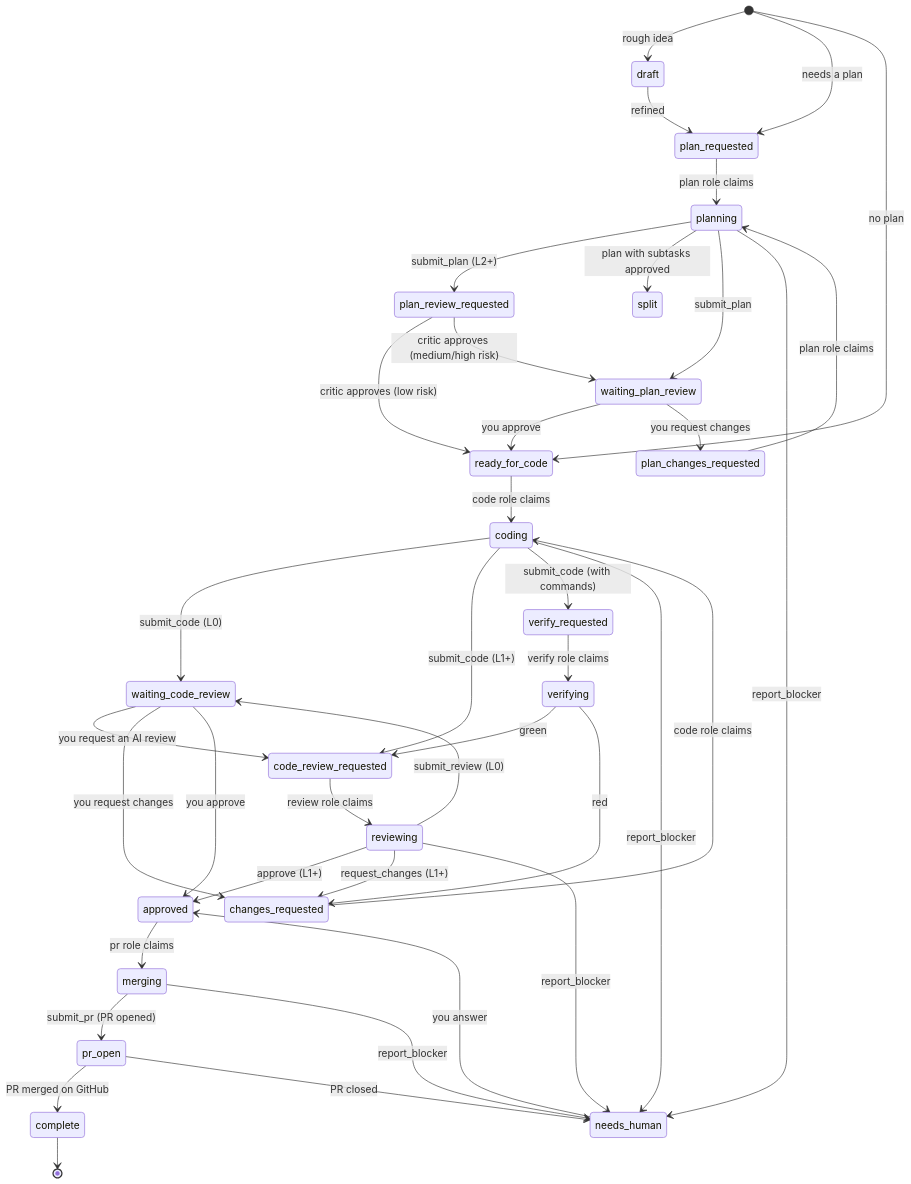
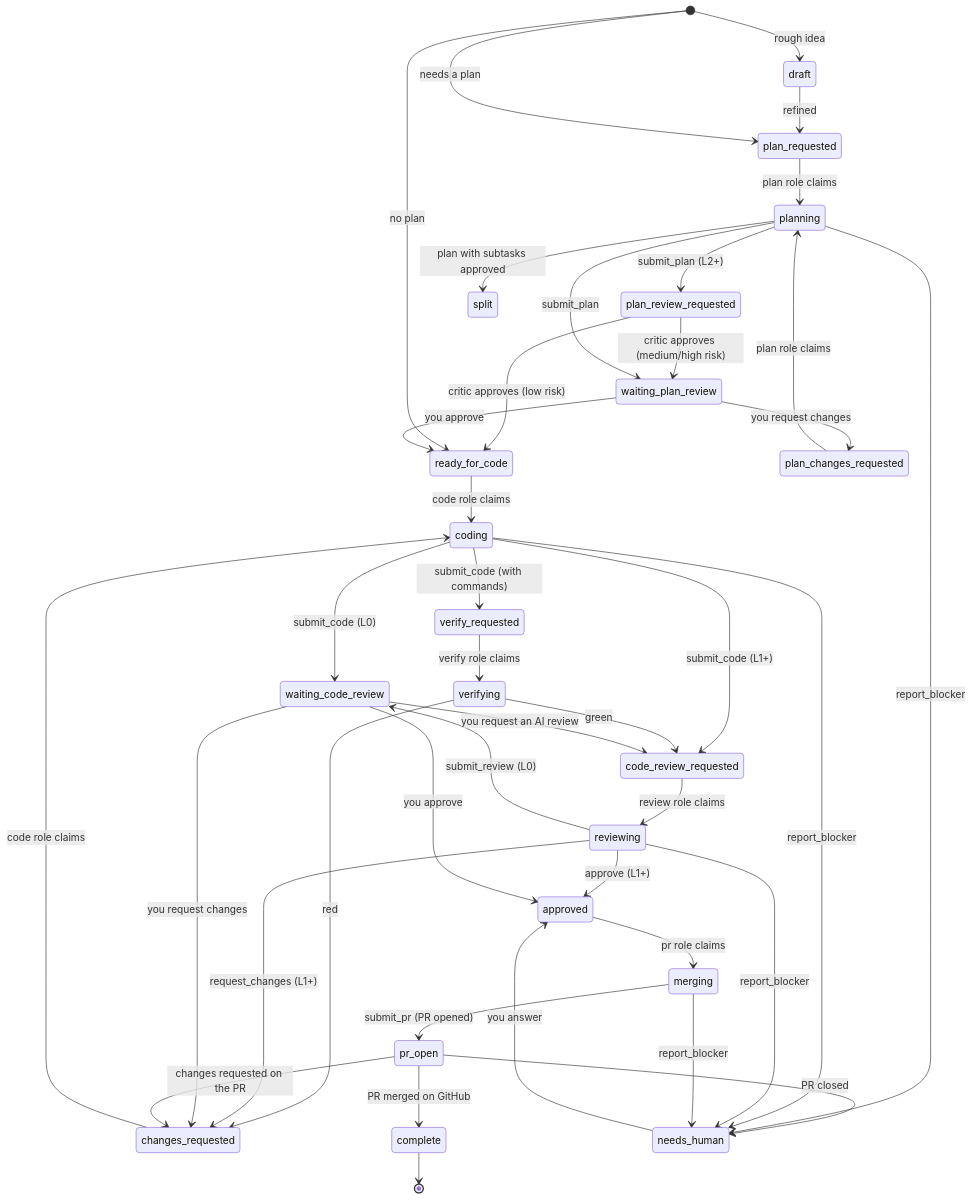
Before and after one commit to sergiowero/agent-task-queue: the second of 2 diagrams in README.md, drawn with Mermaid. The commit also changed other lines of this file and 26 other files, not shown here.

````diff
--- a/README.md
+++ b/README.md
@@ -151,41 +151,42 @@
 ```mermaid
 stateDiagram-v2
     [*] --> draft: rough idea
     draft --> plan_requested: refined
     [*] --> plan_requested: needs a plan
     planning --> plan_review_requested: submit_plan (L2+)
     plan_review_requested --> ready_for_code: critic approves (low risk)
     plan_review_requested --> waiting_plan_review: critic approves (medium/high risk)
     planning --> split: plan with subtasks approved
     [*] --> ready_for_code: no plan
     plan_requested --> planning: plan role claims
     planning --> waiting_plan_review: submit_plan
     waiting_plan_review --> ready_for_code: you approve
     waiting_plan_review --> plan_changes_requested: you request changes
     plan_changes_requested --> planning: plan role claims
     ready_for_code --> coding: code role claims
     coding --> waiting_code_review: submit_code (L0)
     coding --> code_review_requested: submit_code (L1+)
     coding --> verify_requested: submit_code (with commands)
     verify_requested --> verifying: verify role claims
     verifying --> code_review_requested: green
     verifying --> changes_requested: red
     reviewing --> approved: approve (L1+)
     reviewing --> changes_requested: request_changes (L1+)
     waiting_code_review --> code_review_requested: you request an AI review
     code_review_requested --> reviewing: review role claims
     reviewing --> waiting_code_review: submit_review (L0)
     waiting_code_review --> changes_requested: you request changes
     changes_requested --> coding: code role claims
     waiting_code_review --> approved: you approve
     approved --> merging: pr role claims
     merging --> pr_open: submit_pr (PR opened)
     pr_open --> complete: PR merged on GitHub
     pr_open --> needs_human: PR closed
+    pr_open --> changes_requested: changes requested on the PR
     complete --> [*]
     planning --> needs_human: report_blocker
     coding --> needs_human: report_blocker
     reviewing --> needs_human: report_blocker
     merging --> needs_human: report_blocker
     needs_human --> approved: you answer
 ```
````
